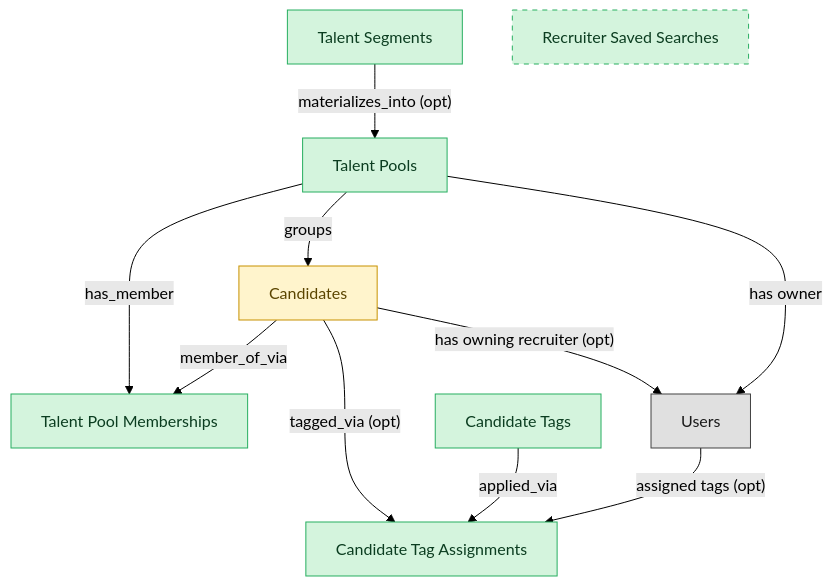
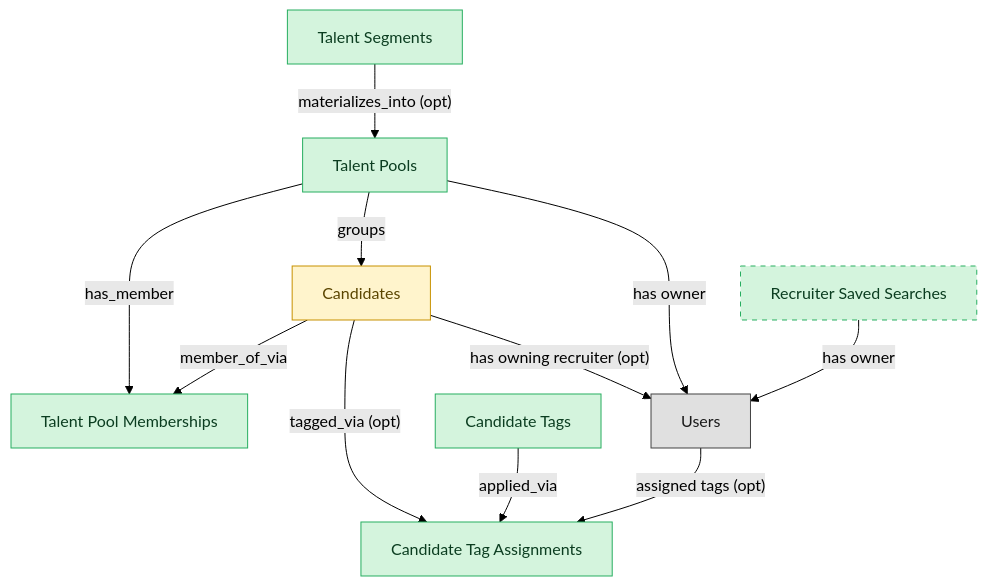
The diagram in catalog/blueprints/ats-talent-pools-semantic-blueprint.md (IntranetFactory/domain-map), drawn with Mermaid (forest theme) before and after one commit. The commit also changed other lines of this file and 19 other files, not shown here.

````diff
--- a/catalog/blueprints/ats-talent-pools-semantic-blueprint.md
+++ b/catalog/blueprints/ats-talent-pools-semantic-blueprint.md
@@ -34,32 +36,33 @@
 ```mermaid
 flowchart TD
   classDef master fill:#d4f4dd,stroke:#27ae60,color:#0b3d20;
   classDef embedded_master fill:#fff4cc,stroke:#c79100,color:#5b4500;
   classDef platform_builtin fill:#e0e0e0,stroke:#424242,color:#1a1a1a;
   talent_pools["Talent Pools"]
   candidates["Candidates"]
   talent_pool_memberships["Talent Pool Memberships"]
   talent_segments["Talent Segments"]
   recruiter_saved_searches["Recruiter Saved Searches"]
   candidate_tags["Candidate Tags"]
   candidate_tag_assignments["Candidate Tag Assignments"]
   users["Users"]
   talent_pools -->|"has_member"| talent_pool_memberships
   candidates -->|"member_of_via"| talent_pool_memberships
   talent_segments -->|"materializes_into (opt)"| talent_pools
   candidates -->|"tagged_via (opt)"| candidate_tag_assignments
   candidate_tags -->|"applied_via"| candidate_tag_assignments
   talent_pools -->|"groups"| candidates
   candidates -->|"has owning recruiter (opt)"| users
   talent_pools -->|"has owner"| users
   users -->|"assigned tags (opt)"| candidate_tag_assignments
+  recruiter_saved_searches -->|"has owner"| users
   class talent_pools master;
   class candidates embedded_master;
   class talent_pool_memberships master;
   class talent_segments master;
   class recruiter_saved_searches master;
   class candidate_tags master;
   class candidate_tag_assignments master;
   class users platform_builtin;
   style recruiter_saved_searches stroke-dasharray:5 5;
 ```
````
